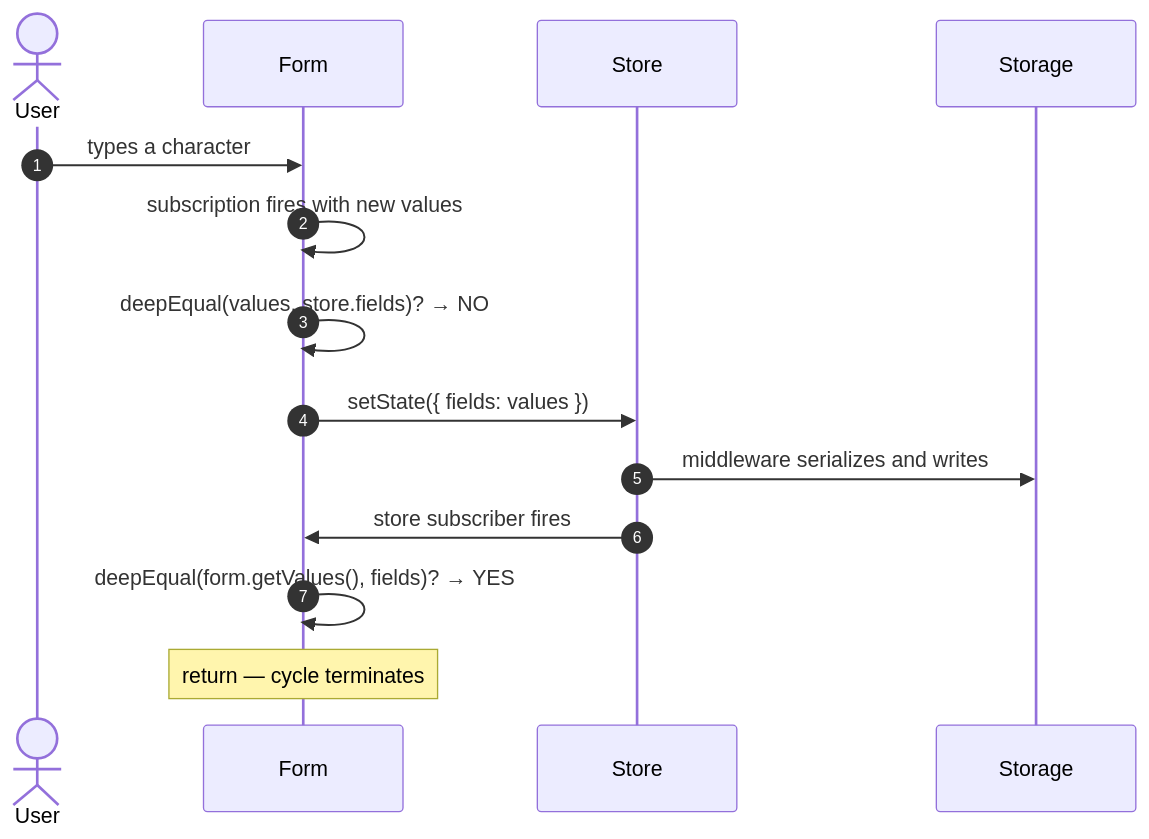
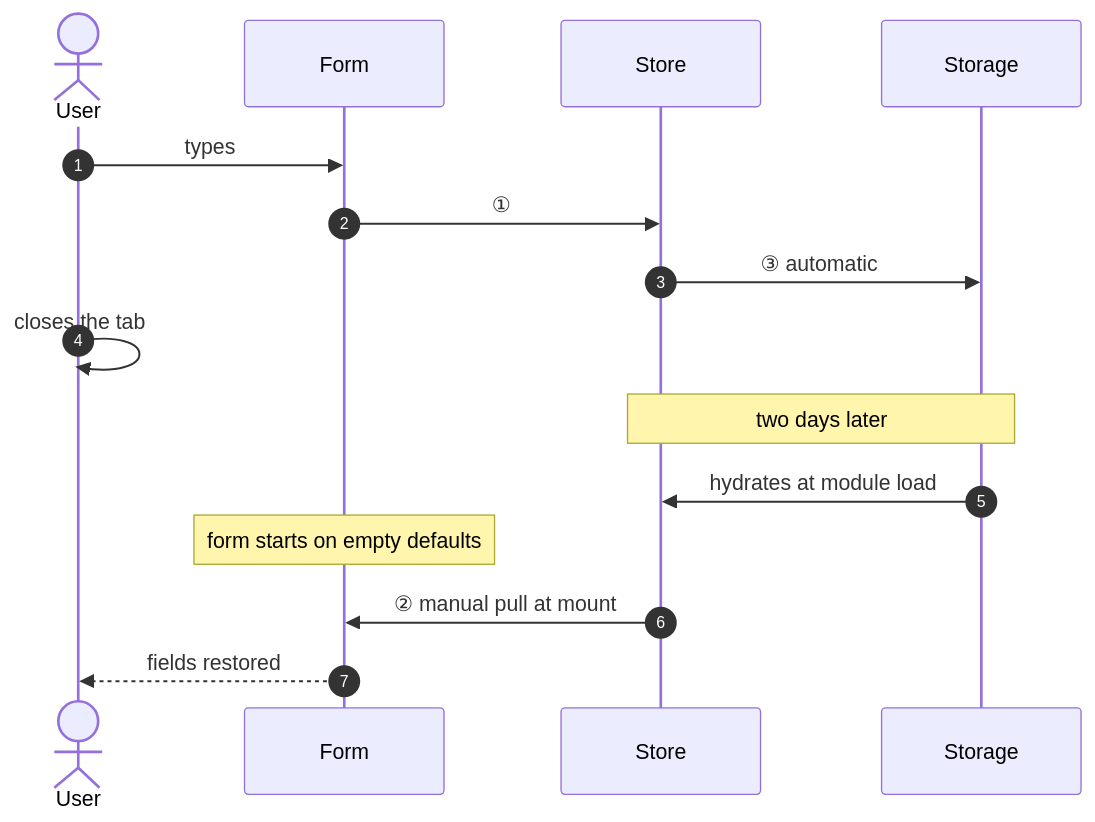
Before and after one commit to jadecubes/multi-party-state-sync: the second of 10 diagrams in README.md, drawn with Mermaid. The commit also changed other lines of this file, not shown here.

````diff
--- a/README.md
+++ b/README.md
@@ -102,17 +33,19 @@
 ```mermaid
 sequenceDiagram
     autonumber
     actor U as User
     participant F as Form
     participant S as Store
     participant P as Storage
 
-    U->>F: types a character
-    F->>F: subscription fires with new values
-    F->>F: deepEqual(values, store.fields)? → NO
-    F->>S: setState({ fields: values })
-    S->>P: middleware serializes and writes
-    S->>F: store subscriber fires
-    F->>F: deepEqual(form.getValues(), fields)? → YES
-    Note over F: return — cycle terminates
+    U->>F: types
+    F->>S: ①
+    S->>P: ③ automatic
+    U->>U: closes the tab
+
+    Note over P,S: two days later
+    P->>S: hydrates at module load
+    Note over F: form starts on empty defaults
+    S->>F: ② manual pull at mount
+    F-->>U: fields restored
 ```
````
